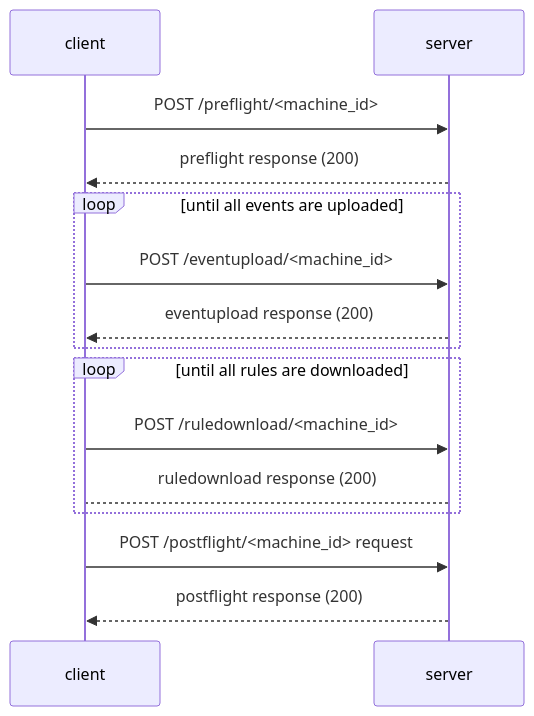
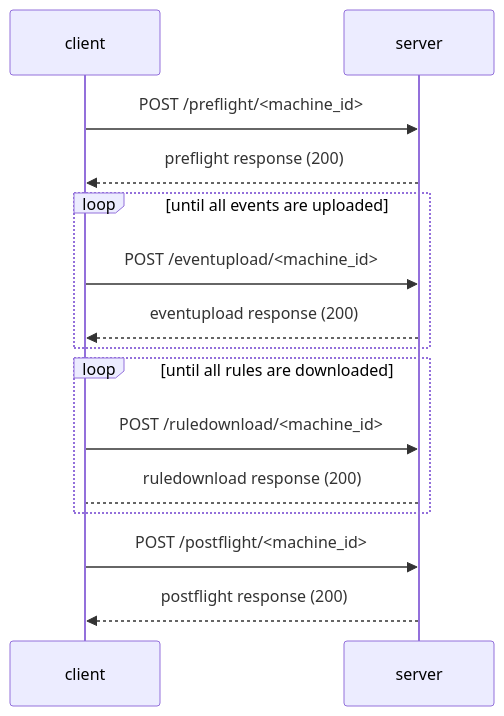
The first of 5 diagrams in docs/development/sync-protocol.md (google/santa), drawn with Mermaid before and after one commit. The commit also changed other lines of this file and 5 other files, not shown here.

Commit message:
sync: Send `rules_received` and `rules_processed` fields in postflight request (#1156)

````diff
--- a/docs/development/sync-protocol.md
+++ b/docs/development/sync-protocol.md
@@ -40,15 +40,15 @@
 ```mermaid
 sequenceDiagram
    client ->> server: POST /preflight/<machine_id>
    server -->> client: preflight response (200)
    loop until all events are uploaded
    client ->> server: POST /eventupload/<machine_id>
    server -->> client: eventupload response (200)
    end
    loop until all rules are downloaded
    client ->> server: POST /ruledownload/<machine_id>
    server --> client: ruledownload response (200)
    end
-   client ->> server: POST /postflight/<machine_id> request
+   client ->> server: POST /postflight/<machine_id>
    server -->> client: postflight response (200)
 ```
````
